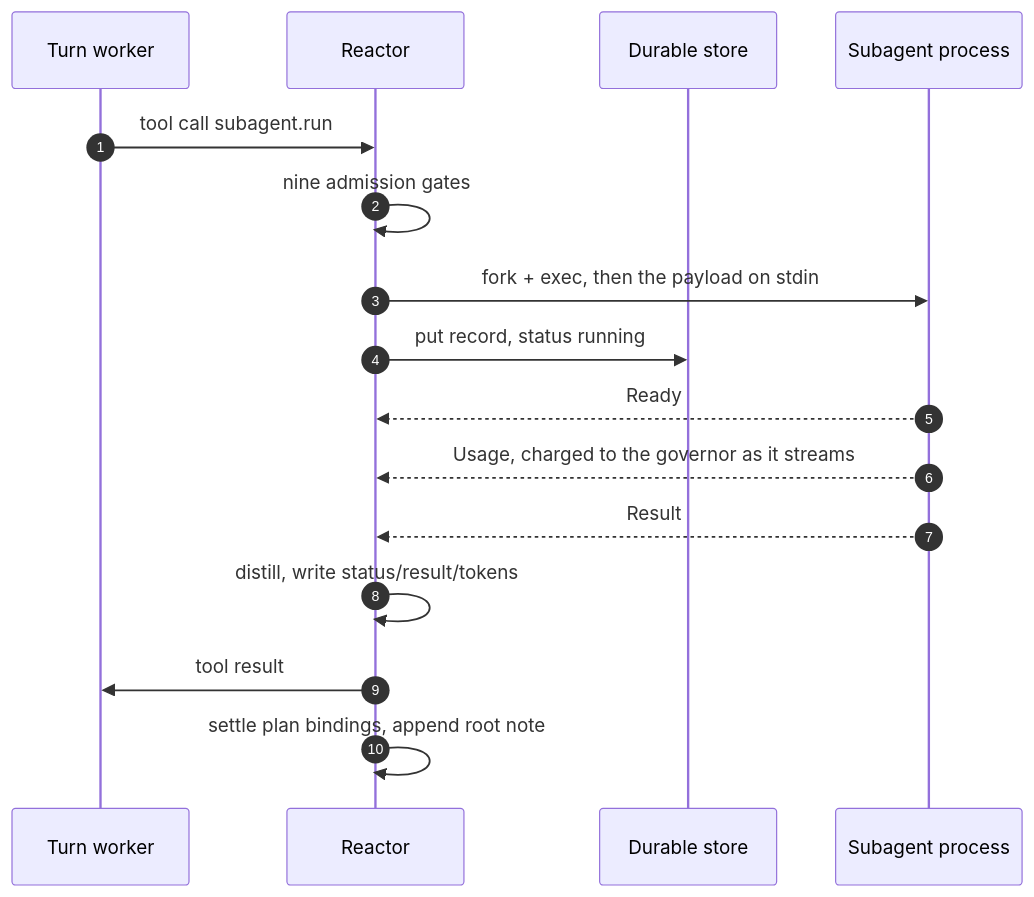
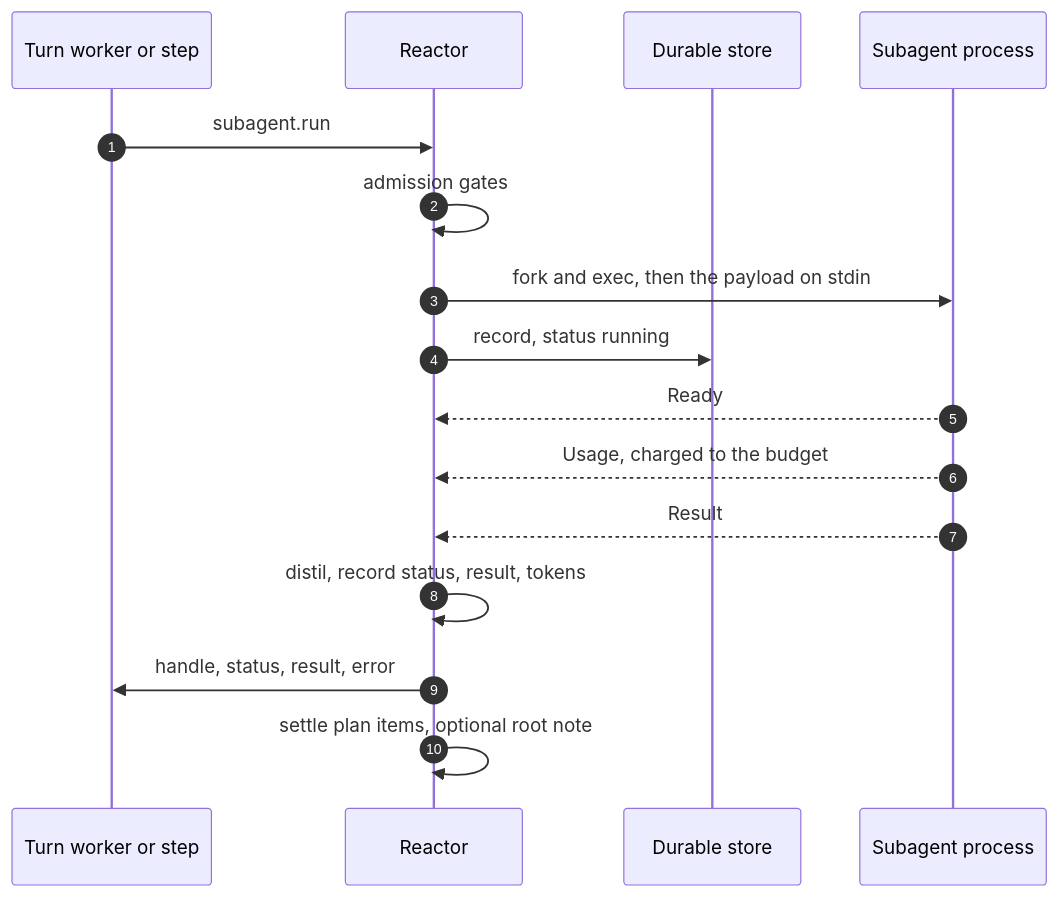
One commit to agentd-dev/source-code changed the second of 4 diagrams in docs/subagents.md. Above: the diagram before and after it, drawn with Mermaid. The commit also changed other lines of this file and 110 other files, not shown here.

````diff
--- a/docs/subagents.md
+++ b/docs/subagents.md
@@ -216,18 +174,18 @@
 ```mermaid
 sequenceDiagram
     autonumber
-    participant W as Turn worker
+    participant W as Turn worker or step
     participant R as Reactor
     participant D as Durable store
     participant S as Subagent process
-    W->>R: tool call subagent.run
-    R->>R: nine admission gates
-    R->>S: fork + exec, then the payload on stdin
-    R->>D: put record, status running
+    W->>R: subagent.run
+    R->>R: admission gates
+    R->>S: fork and exec, then the payload on stdin
+    R->>D: record, status running
     S-->>R: Ready
-    S-->>R: Usage, charged to the governor as it streams
+    S-->>R: Usage, charged to the budget
     S-->>R: Result
-    R->>R: distill, write status/result/tokens
-    R->>W: tool result
-    R->>R: settle plan bindings, append root note
+    R->>R: distil, record status, result, tokens
+    R->>W: handle, status, result, error
+    R->>R: settle plan items, optional root note
 ```
````
